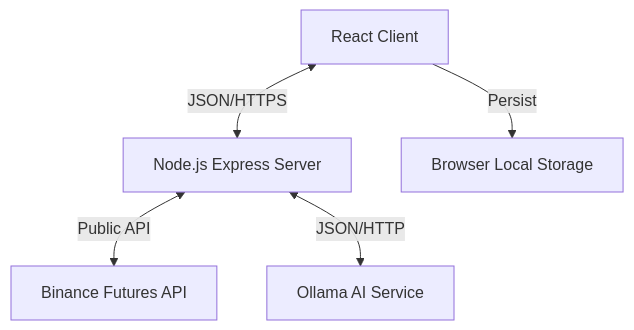
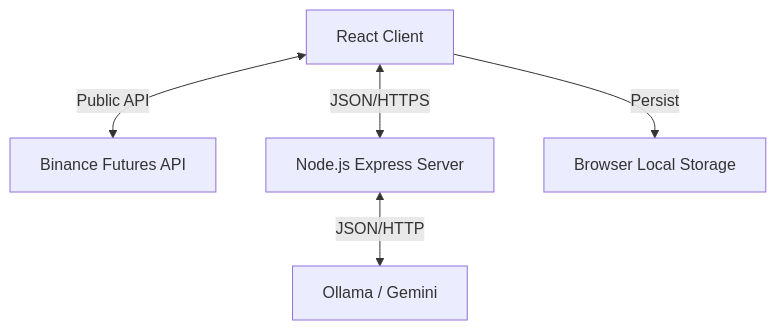
Before and after one commit to exoxegroup/bperp: the diagram in docs/SYSTEM_DESIGN.md, drawn with Mermaid. The commit also changed other lines of this file, not shown here.

Commit message:
Docs: Update System Design to reflect Client-Side Scanning architecture

````diff
--- a/docs/SYSTEM_DESIGN.md
+++ b/docs/SYSTEM_DESIGN.md
@@ -13,7 +13,7 @@
 ```mermaid
 graph TD
-    Client[React Client] <-->|JSON/HTTPS| Proxy[Node.js Express Server]
-    Proxy <-->|Public API| Binance[Binance Futures API]
-    Proxy <-->|JSON/HTTP| Ollama[Ollama AI Service]
+    Client[React Client] <-->|Public API| Binance[Binance Futures API]
+    Client <-->|JSON/HTTPS| Server[Node.js Express Server]
+    Server <-->|JSON/HTTP| AI_Provider[Ollama / Gemini]
     Client -->|Persist| LocalStorage[Browser Local Storage]
 ```
````
